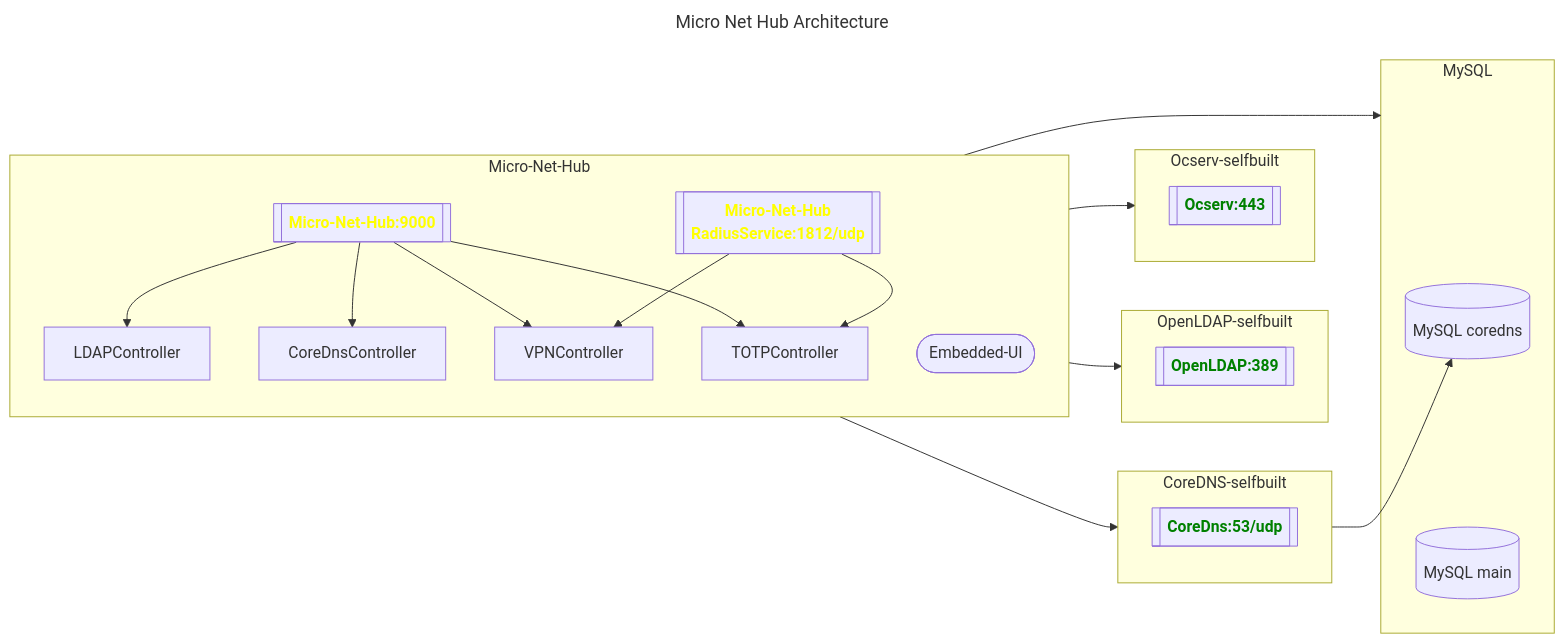
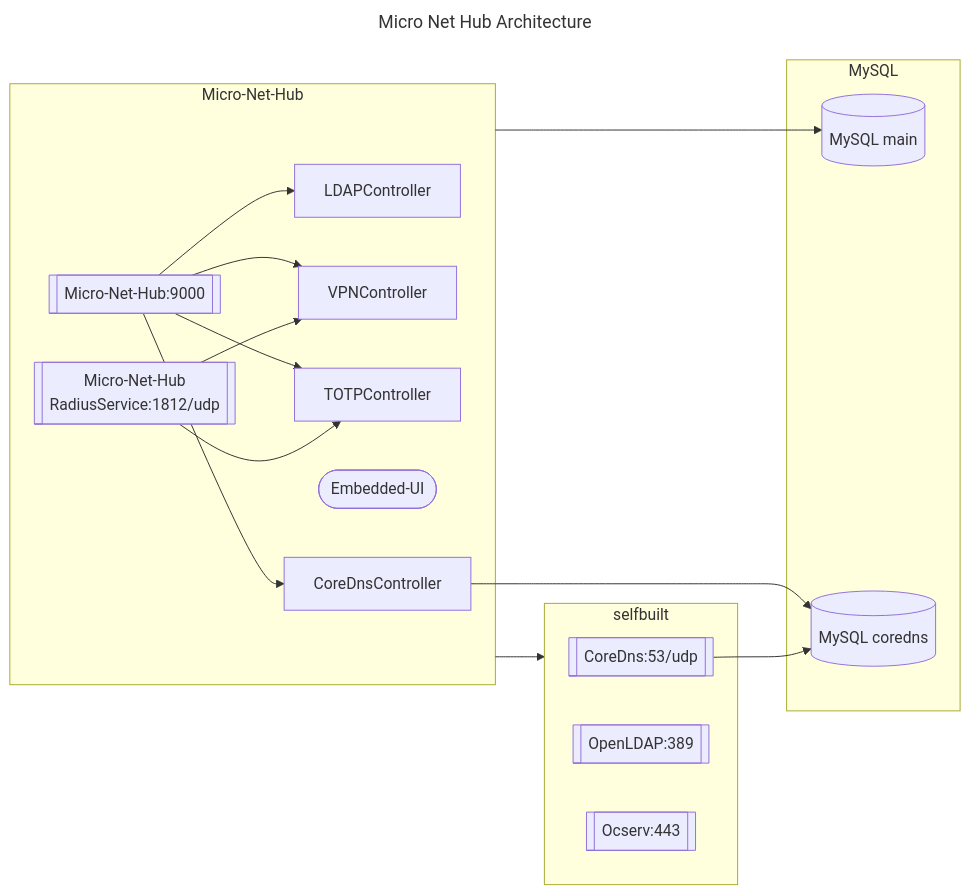
Before and after one commit to bagechashu/micro-net-hub: the first of 2 diagrams in README.md, drawn with Mermaid.

Commit message:
update: Architecture Description

````diff
--- a/README.md
+++ b/README.md
@@ -26,41 +26,35 @@
 ```mermaid
 ---
 title: Micro Net Hub Architecture
 ---
 flowchart LR
   %% Main
   subgraph Micro-Net-Hub
     %% Service provide by Micro-Net-Hub
-    main[[<b style="color:yellow;">Micro-Net-Hub:9000</b>]]
-    radius[[<b style="color:yellow;">Micro-Net-Hub<br>RadiusService:1812/udp</b>]]
+    main[[Micro-Net-Hub:9000]]
+    radius[[Micro-Net-Hub<br>RadiusService:1812/udp]]
 
     %% Architecture
-    main --> LDAPController & CoreDnsController & VPNController & TOTPController
+    main --> CoreDnsController & LDAPController & VPNController & TOTPController
     radius --> VPNController & TOTPController
-
     ui([Embedded-UI])
   end
-  Micro-Net-Hub --> OpenLDAP-selfbuilt
-  Micro-Net-Hub --> Ocserv-selfbuilt 
-  Micro-Net-Hub --> CoreDNS-selfbuilt
-  Micro-Net-Hub --> MySQL
-  CoreDNS-selfbuilt --> mysql-coredns
+  Micro-Net-Hub ---> selfbuilt
+  Micro-Net-Hub --> mysql-main 
+  CoreDnsController --> mysql-coredns
+  coredns --> mysql-coredns
 
   %% Service provide by third-party, need deployed by yourself.
-  subgraph OpenLDAP-selfbuilt
-   openldap[[<b style="color:green;">OpenLDAP:389</b>]]
-  end
-  subgraph Ocserv-selfbuilt
-   ocserv[[<b style="color:green;">Ocserv:443</b>]]
-  end
-  subgraph CoreDNS-selfbuilt
-   coredns[[<b style="color:green;">CoreDns:53/udp</b>]]
+  subgraph selfbuilt
+   openldap[[OpenLDAP:389]]
+   ocserv[[Ocserv:443]]
+   coredns[[CoreDns:53/udp]]
   end
 
   %% Database
   subgraph MySQL
+    mysql-coredns[(MySQL coredns)]
     mysql-main[(MySQL main)]
-    mysql-coredns[(MySQL coredns)]
   end
 
 ```
````
